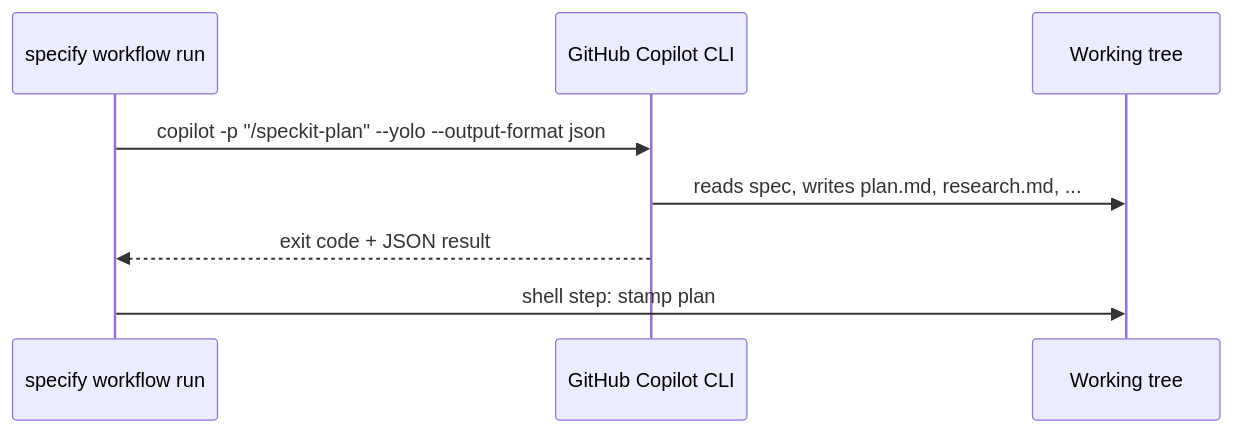
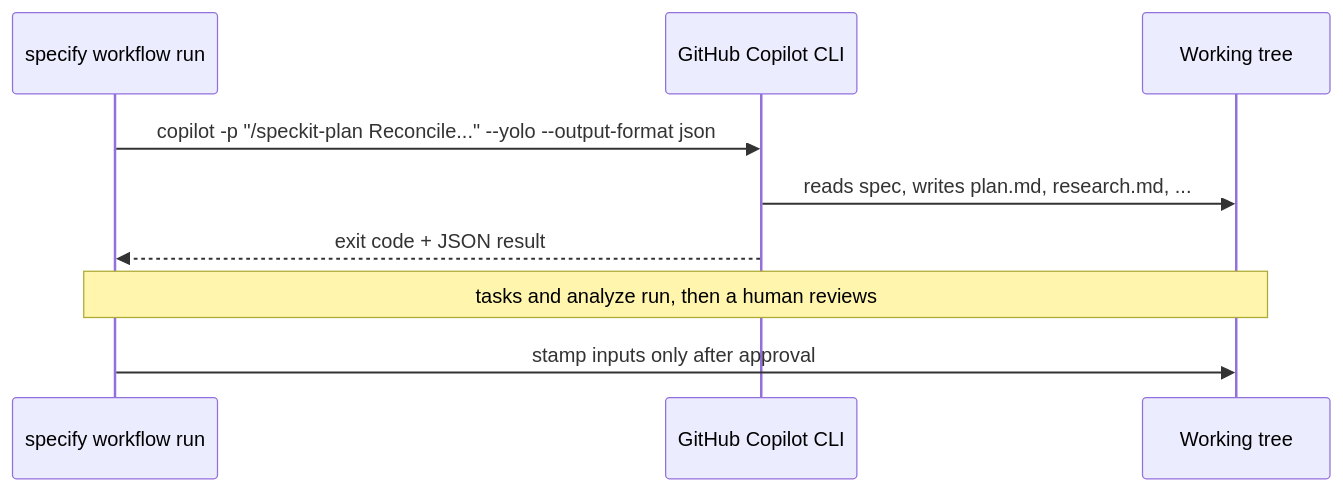
The second of 2 diagrams in docs/workflow-automation.md (hkaanturgut/spec-kit-fleetwise), drawn with Mermaid before and after one commit. The commit also changed other lines of this file and 9 other files, not shown here.

````diff
--- a/docs/workflow-automation.md
+++ b/docs/workflow-automation.md
@@ -64,10 +77,11 @@
 ```mermaid
 sequenceDiagram
     participant WF as specify workflow run
     participant CLI as GitHub Copilot CLI
     participant Repo as Working tree
-    WF->>CLI: copilot -p "/speckit-plan" --yolo --output-format json
+    WF->>CLI: copilot -p "/speckit-plan Reconcile..." --yolo --output-format json
     CLI->>Repo: reads spec, writes plan.md, research.md, ...
     CLI-->>WF: exit code + JSON result
-    WF->>Repo: shell step: stamp plan
+    Note over WF,Repo: tasks and analyze run, then a human reviews
+    WF->>Repo: stamp inputs only after approval
 ```
````
